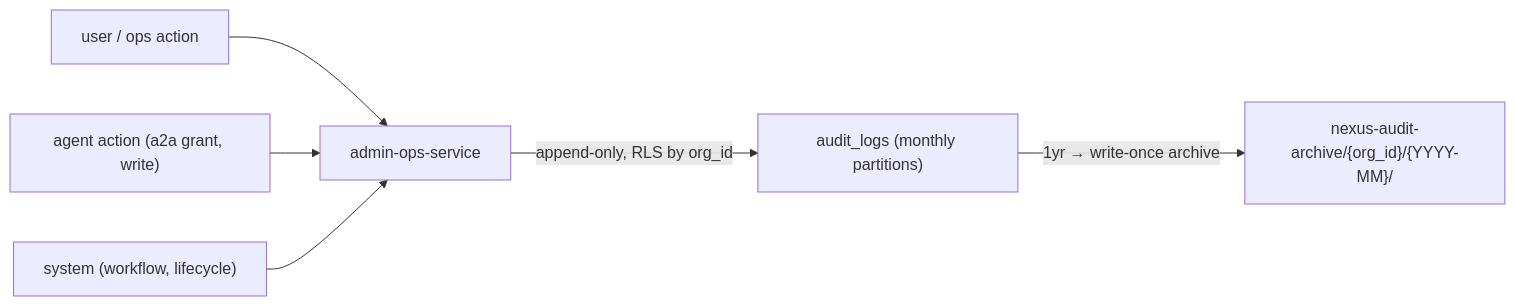
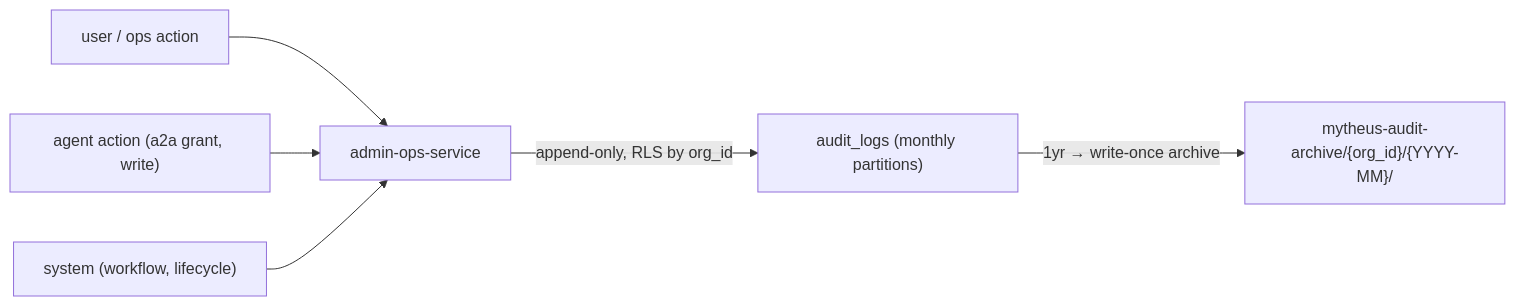
The seventh of 8 diagrams in 12-compliance-and-privacy.md (Mytheus-AI/mytheus-docs), drawn with Mermaid before and after one commit. The commit also changed other lines of this file and 28 other files, not shown here.

First line of the commit message:
docs: rename the object storage buckets from nexus-* to mytheus-* (ADR-0028)

````diff
--- a/12-compliance-and-privacy.md
+++ b/12-compliance-and-privacy.md
@@ -294,8 +294,8 @@
 ```mermaid
 flowchart LR
   USR["user / ops action"] --> AUD["admin-ops-service"]
   AGT["agent action (a2a grant, write)"] --> AUD
   SYS["system (workflow, lifecycle)"] --> AUD
   AUD -->|append-only, RLS by org_id| PG["audit_logs (monthly partitions)"]
-  PG -->|1yr → write-once archive| ARC["nexus-audit-archive/{org_id}/{YYYY-MM}/"]
+  PG -->|1yr → write-once archive| ARC["mytheus-audit-archive/{org_id}/{YYYY-MM}/"]
 ```
````
